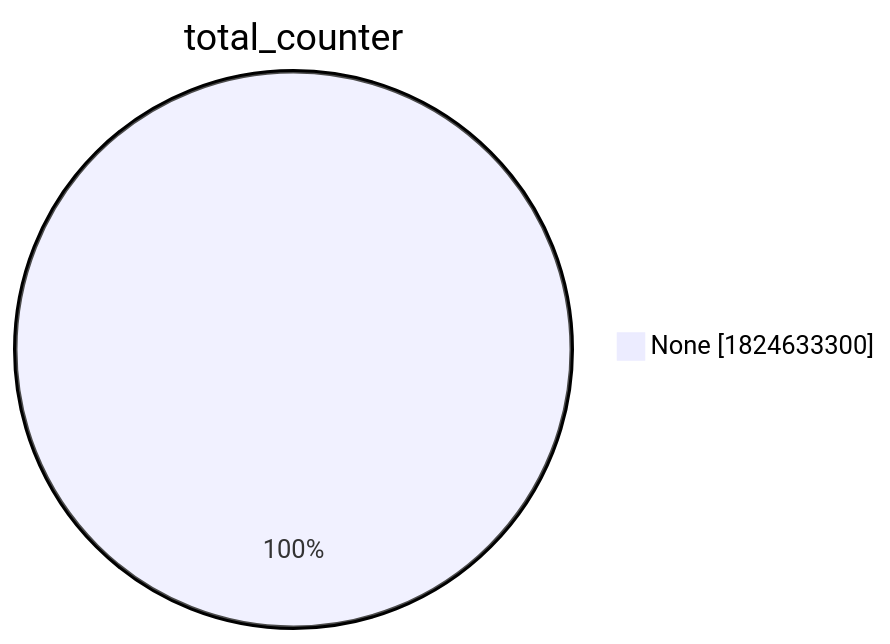
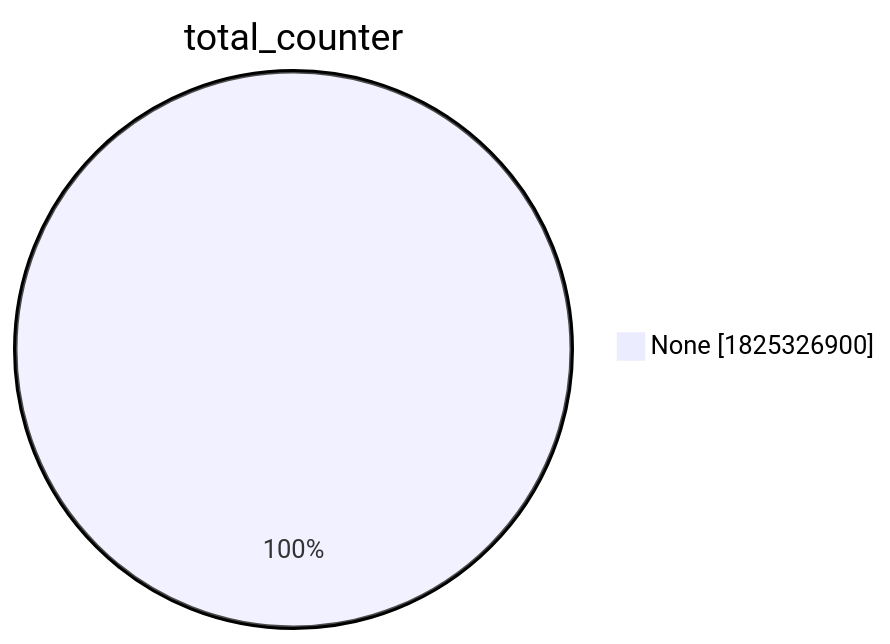
One commit to christiankrug/ctmonitor_visualization changed the second of 15 diagrams in xenon2022/README.md. Above: the diagram before and after it, drawn with Mermaid. The commit also changed other lines of this file, not shown here.

````diff
--- a/xenon2022/README.md
+++ b/xenon2022/README.md
@@ -9,5 +9,5 @@
 ```mermaid
 pie showData
 title total_counter
-"None" :1824633300
+"None" :1825326900
 ```
````
